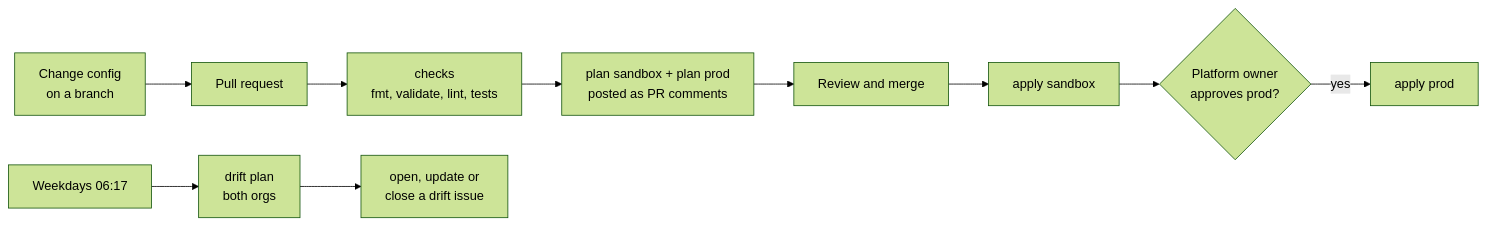
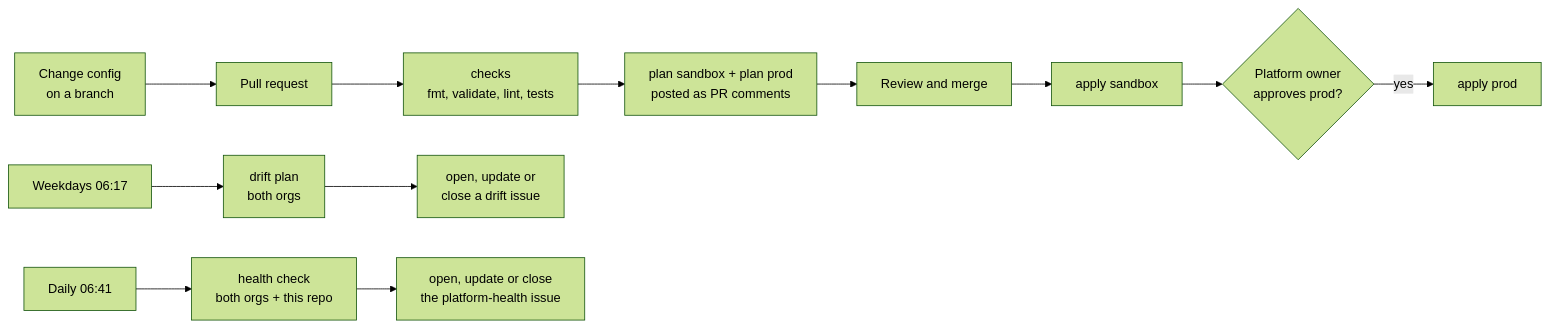
One commit to goosain-platform-lab/platform-iac-template changed the diagram in README.md. Above: the diagram before and after it, drawn with Mermaid (forest theme). The commit also changed other lines of this file and 48 other files, not shown here.

First line of the commit message:
Classification, tier-based branch rules, templates and a daily health check (#6)

````diff
--- a/README.md
+++ b/README.md
@@ -13,12 +19,14 @@
 ```mermaid
 flowchart LR
   A[Change config<br/>on a branch] --> B[Pull request]
   B --> C[checks<br/>fmt, validate, lint, tests]
   C --> D[plan sandbox + plan prod<br/>posted as PR comments]
   D --> E[Review and merge]
   E --> F[apply sandbox]
   F --> G{Platform owner<br/>approves prod?}
   G -->|yes| H[apply prod]
   I[Weekdays 06:17] --> J[drift plan<br/>both orgs]
   J --> K[open, update or<br/>close a drift issue]
+  L[Daily 06:41] --> M[health check<br/>both orgs + this repo]
+  M --> N[open, update or close<br/>the platform-health issue]
 ```
````
